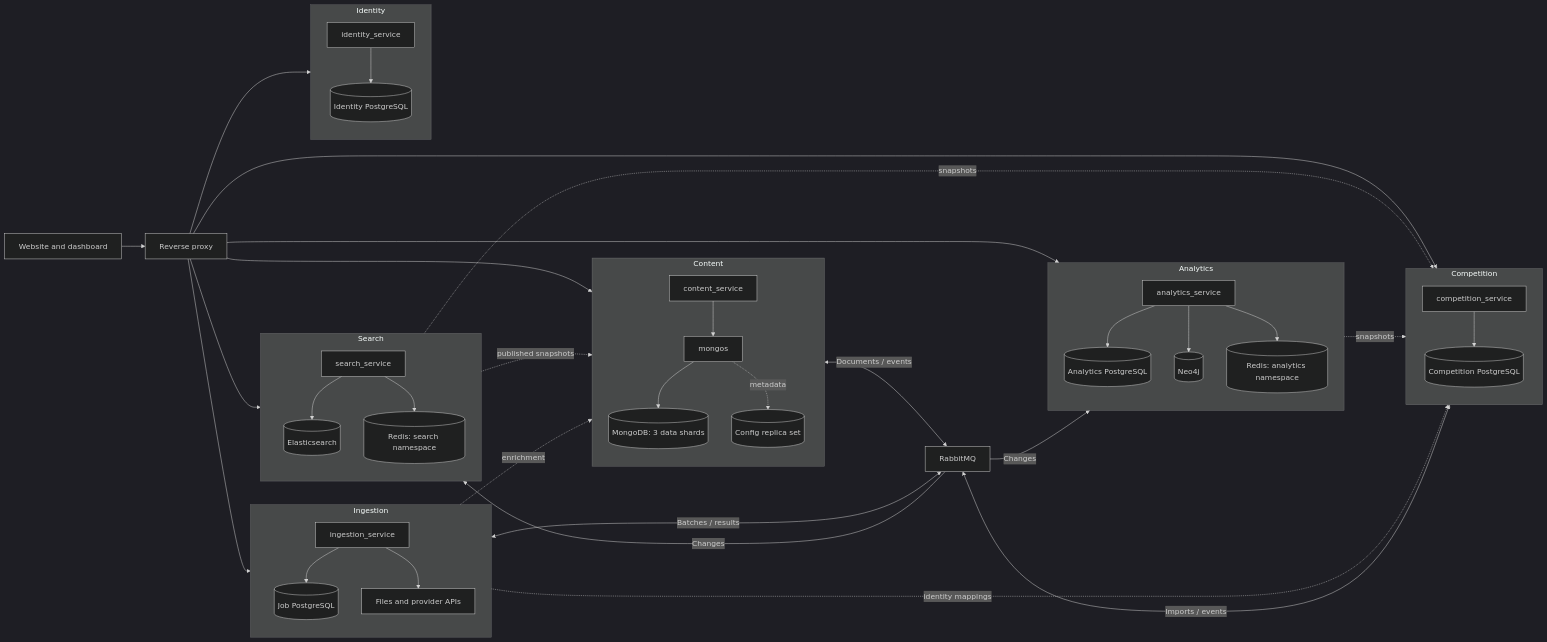
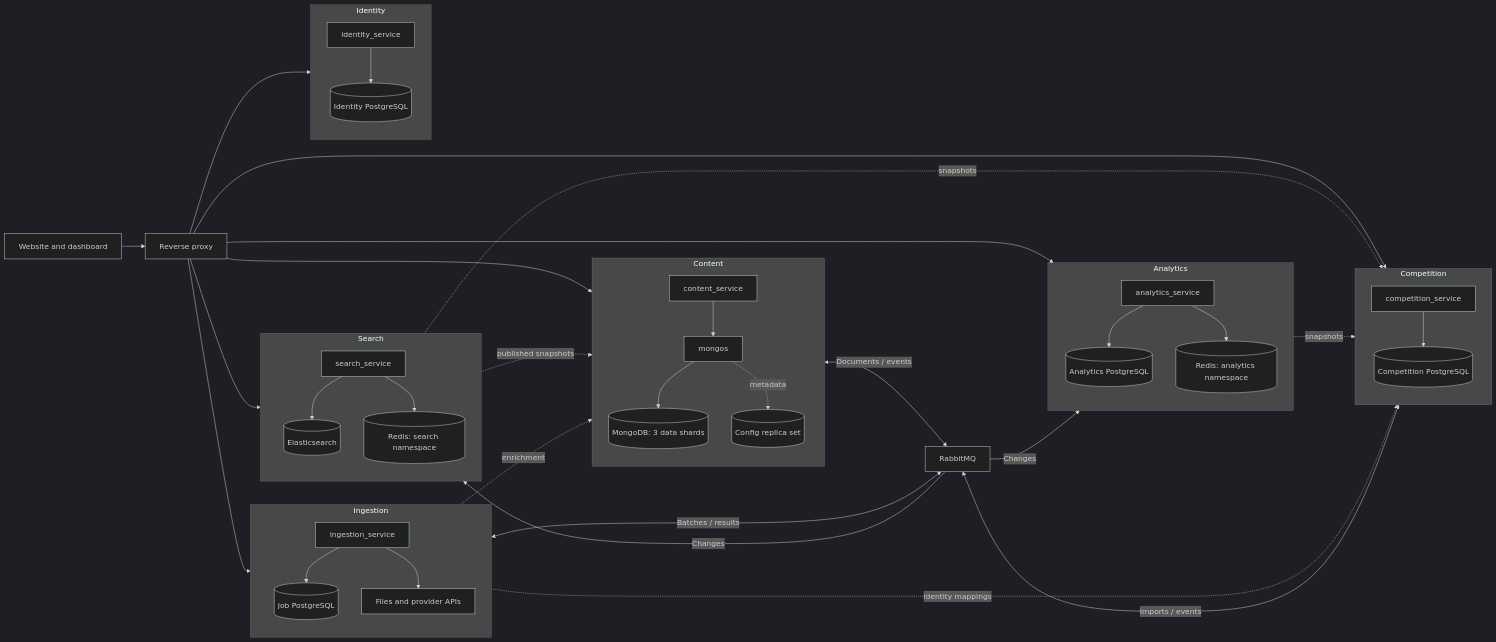
Before and after one commit to IvnMrzv07/db-is-course-project: the diagram in docs/diagrams/target-modules.mmd, drawn with Mermaid (dark theme). The commit also changed 39 other files, not shown here.

```diff
--- a/docs/diagrams/target-modules.mmd
+++ b/docs/diagrams/target-modules.mmd
@@ -1,71 +1,69 @@
 %% Target architecture for later stages; not deployed by current Compose
 flowchart LR
     UI[Website and dashboard] --> Proxy[Reverse proxy]
 
         subgraph IngestionGroup[Ingestion]
             direction TB
             Ingestion[ingestion_service]
             IngestionDB[(Job PostgreSQL)]
             Sources[Files and provider APIs]
             Ingestion --> IngestionDB
             Ingestion --> Sources
         end
         subgraph CompetitionGroup[Competition]
             direction TB
             Competition[competition_service]
             CompetitionDB[(Competition PostgreSQL)]
             Competition --> CompetitionDB
         end
         subgraph ContentGroup[Content]
             direction TB
             Content[content_service]
             MongoRouter[mongos]
             MongoShards[(MongoDB: 3 data shards)]
             Config[(Config replica set)]
             Content --> MongoRouter
             MongoRouter --> MongoShards
             MongoRouter -. metadata .-> Config
         end
         subgraph AnalyticsGroup[Analytics]
             direction TB
             Analytics[analytics_service]
             AnalyticsDB[(Analytics PostgreSQL)]
-            Neo4j[(Neo4j)]
             AnalyticsCache[(Redis: analytics namespace)]
             Analytics --> AnalyticsDB
-            Analytics --> Neo4j
             Analytics --> AnalyticsCache
         end
         subgraph SearchGroup[Search]
             direction TB
             Search[search_service]
             ES[(Elasticsearch)]
             SearchCache[(Redis: search namespace)]
             Search --> ES
             Search --> SearchCache
         end
         subgraph IdentityGroup[Identity]
             direction TB
             Identity[identity_service]
             IdentityDB[(Identity PostgreSQL)]
             Identity --> IdentityDB
         end
 
     Proxy --> Ingestion
     Proxy --> Competition
     Proxy --> Content
     Proxy --> Analytics
     Proxy --> Search
     Proxy --> Identity
     MQ[RabbitMQ]
     Ingestion <-->|Batches / results| MQ
     Competition <-->|Imports / events| MQ
     Content <-->|Documents / events| MQ
     MQ -->|Changes| Analytics
     MQ -->|Changes| Search
 
     Analytics -. snapshots .-> Competition
     Search -. snapshots .-> Competition
     Search -. published snapshots .-> Content
     Ingestion -. identity mappings .-> Competition
     Ingestion -. enrichment .-> Content
```
